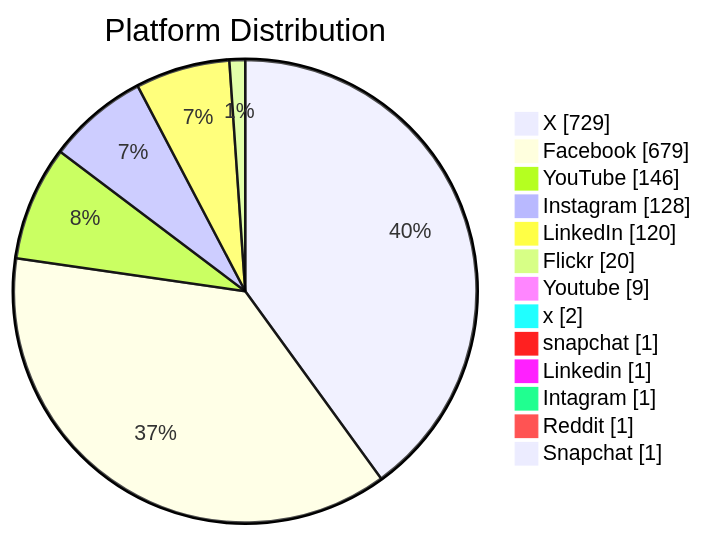
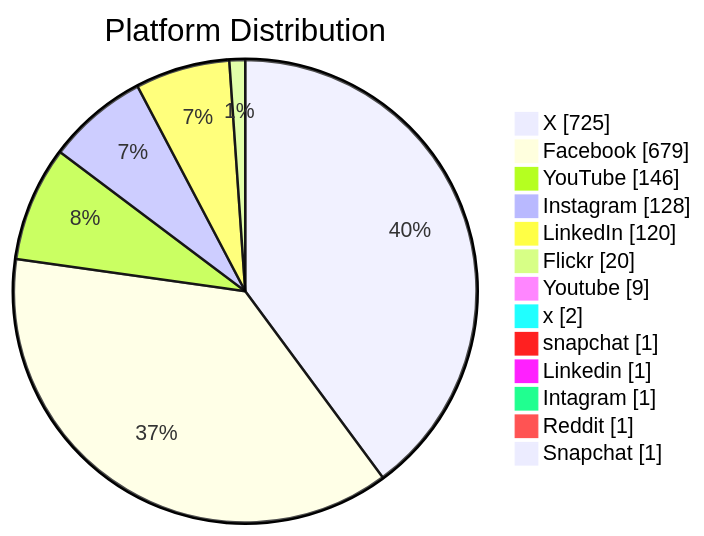
Before and after one commit to PatLittle/GC-Socials: the second of 6 diagrams in README.md, drawn with Mermaid. The commit also changed other lines of this file, not shown here.

Commit message:
Update README with Platform Distribution pie chart

````diff
--- a/README.md
+++ b/README.md
@@ -46,16 +46,16 @@
 ```mermaid
 pie showData title Platform Distribution
-    "X": 729
+    "X": 725
     "Facebook": 679
     "YouTube": 146
     "Instagram": 128
     "LinkedIn": 120
     "Flickr": 20
     "Youtube": 9
     "x": 2
     "snapchat": 1
     "Linkedin": 1
     "Intagram": 1
     "Reddit": 1
     "Snapchat": 1
 ```
````
